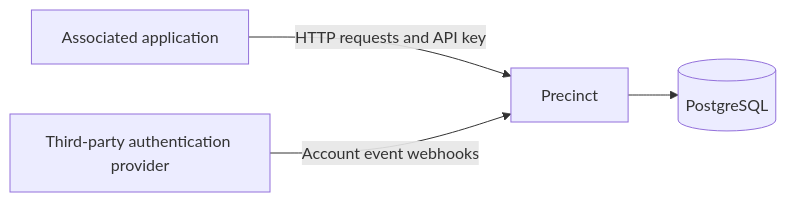
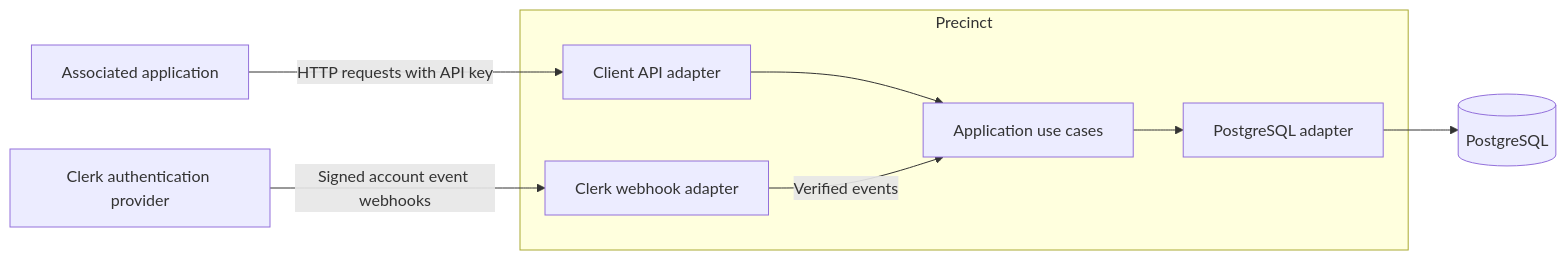
Before and after one commit to pale-glyph/precinct: the diagram in docs/architecture-specification.md, drawn with Mermaid. The commit also changed other lines of this file and 4 other files, not shown here.

````diff
--- a/docs/architecture-specification.md
+++ b/docs/architecture-specification.md
@@ -11,6 +11,11 @@
 ```mermaid
 flowchart LR
-    Client[Associated application] -->|HTTP requests and API key| API[Precinct]
-    Provider[Third-party authentication provider] -->|Account event webhooks| API
-    API --> DB[(PostgreSQL)]
+    Client[Associated application] -->|HTTP requests with API key| ClientAPI[Client API adapter]
+    Clerk[Clerk authentication provider] -->|Signed account event webhooks| Webhook[Clerk webhook adapter]
+    subgraph Precinct
+        ClientAPI --> Application[Application use cases]
+        Webhook -->|Verified events| Application
+        Application --> Persistence[PostgreSQL adapter]
+    end
+    Persistence --> DB[(PostgreSQL)]
 ```
````
